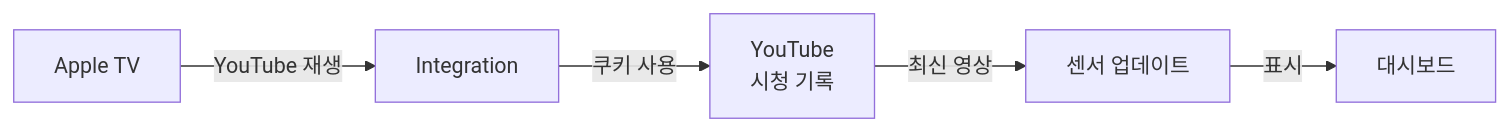
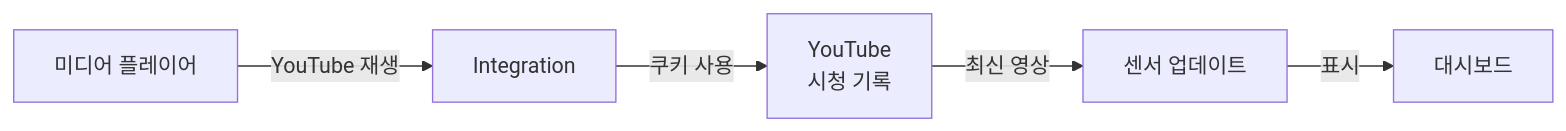
Before and after one commit to redchupa/youtube_current_watching: the diagram in README.md, drawn with Mermaid. The commit also changed other lines of this file, not shown here.

````diff
--- a/README.md
+++ b/README.md
@@ -274,7 +275,7 @@
 ```mermaid
 graph LR
-    A[Apple TV] -->|YouTube 재생| B[Integration]
+    A[미디어 플레이어] -->|YouTube 재생| B[Integration]
     B -->|쿠키 사용| C[YouTube<br/>시청 기록]
     C -->|최신 영상| D[센서 업데이트]
     D -->|표시| E[대시보드]
 ```
````
